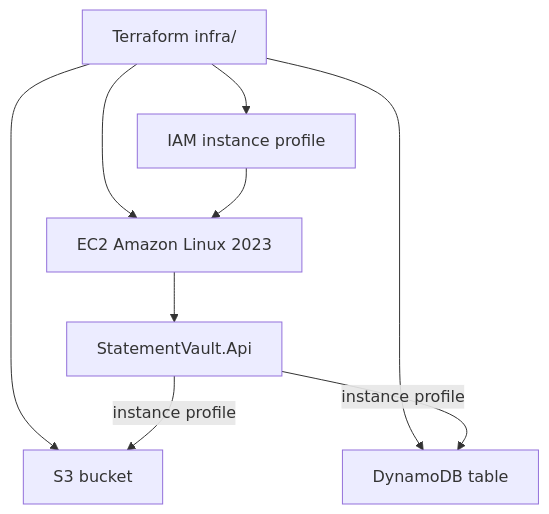
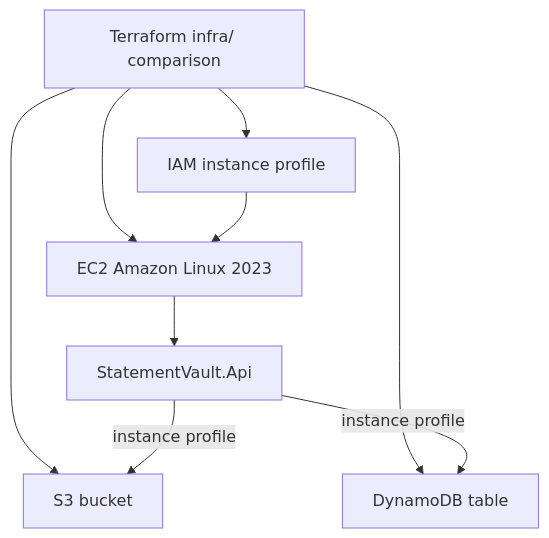
The fourth of 4 diagrams in README.md (nabs-darrel-schreyer/StatementVault), drawn with Mermaid before and after one commit. The commit also changed other lines of this file and 13 other files, not shown here.

First line of the commit message:
Add CDK.NET as primary AWS deploy path; keep Terraform for comparison

````diff
--- a/README.md
+++ b/README.md
@@ -152,18 +222,18 @@
 ```mermaid
 flowchart TB
-  Tf["Terraform infra/"]
+  Tf["Terraform infra/ comparison"]
   Ec2["EC2 Amazon Linux 2023"]
   Role["IAM instance profile"]
   Api["StatementVault.Api"]
   Bucket["S3 bucket"]
   Table["DynamoDB table"]
 
   Tf --> Ec2
   Tf --> Role
   Tf --> Bucket
   Tf --> Table
   Role --> Ec2
   Ec2 --> Api
   Api -->|"instance profile"| Bucket
   Api -->|"instance profile"| Table
 ```
````
